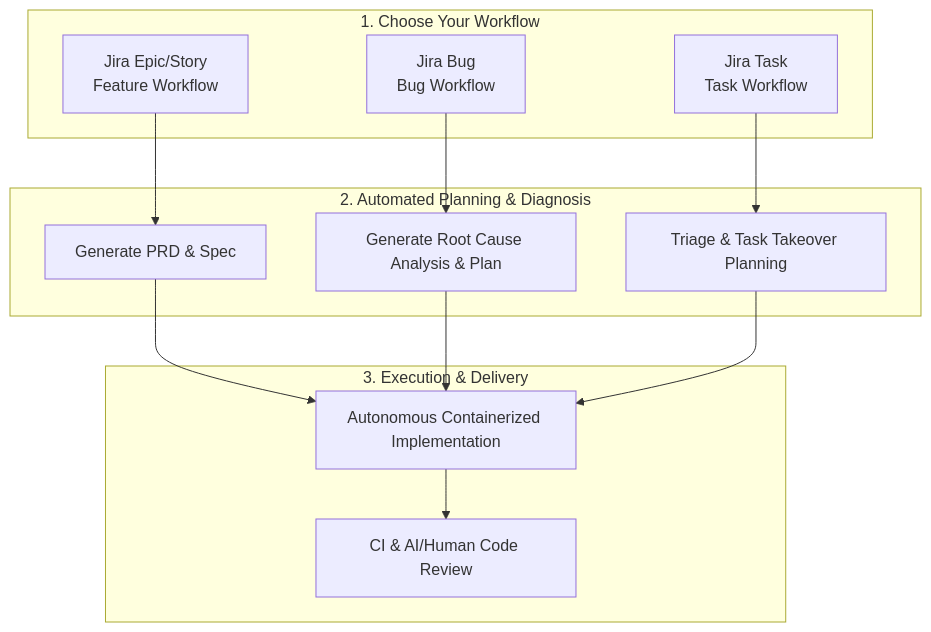
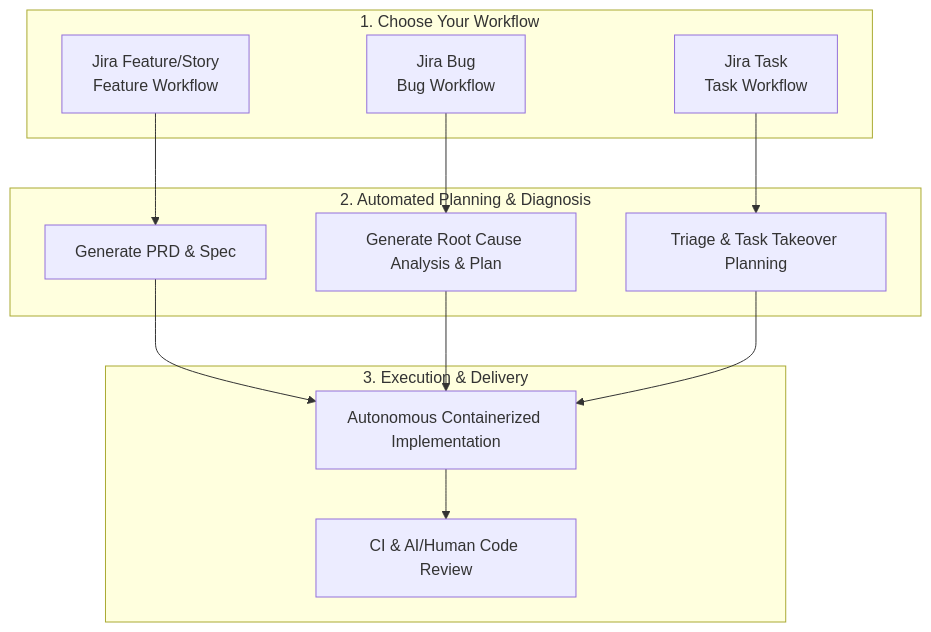
One commit to forgeSmith-bot/forge changed the diagram in docs/index.md. Above: the diagram before and after it, drawn with Mermaid. The commit also changed 1 other file, not shown here.

Commit message:
[AISOS-2161] review: address PR feedback

````diff
--- a/docs/index.md
+++ b/docs/index.md
@@ -9,33 +9,33 @@
 ```mermaid
 graph TD
     %% Workflow entrypoints
     subgraph "1. Choose Your Workflow"
-        Feature[Jira Epic/Story<br/>Feature Workflow]
+        Feature[Jira Feature/Story<br/>Feature Workflow]
         Bug[Jira Bug<br/>Bug Workflow]
         Task[Jira Task<br/>Task Workflow]
     end
 
     %% Workflow processing paths
     subgraph "2. Automated Planning & Diagnosis"
         PRD[Generate PRD & Spec]
         RCA[Generate Root Cause Analysis & Plan]
         Takeover[Triage & Task Takeover Planning]
     end
 
     %% Common implementation & delivery path
     subgraph "3. Execution & Delivery"
         Code[Autonomous Containerized Implementation]
         Review[CI & AI/Human Code Review]
     end
 
     %% Connections
     Feature --> PRD
     Bug --> RCA
     Task --> Takeover
 
     PRD --> Code
     RCA --> Code
     Takeover --> Code
 
     Code --> Review
 ```
````
